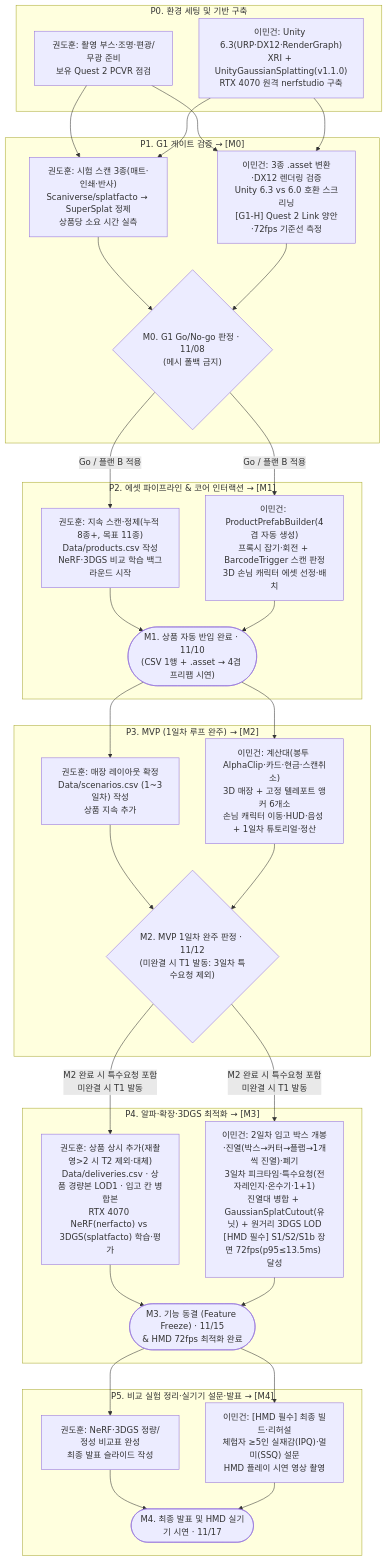
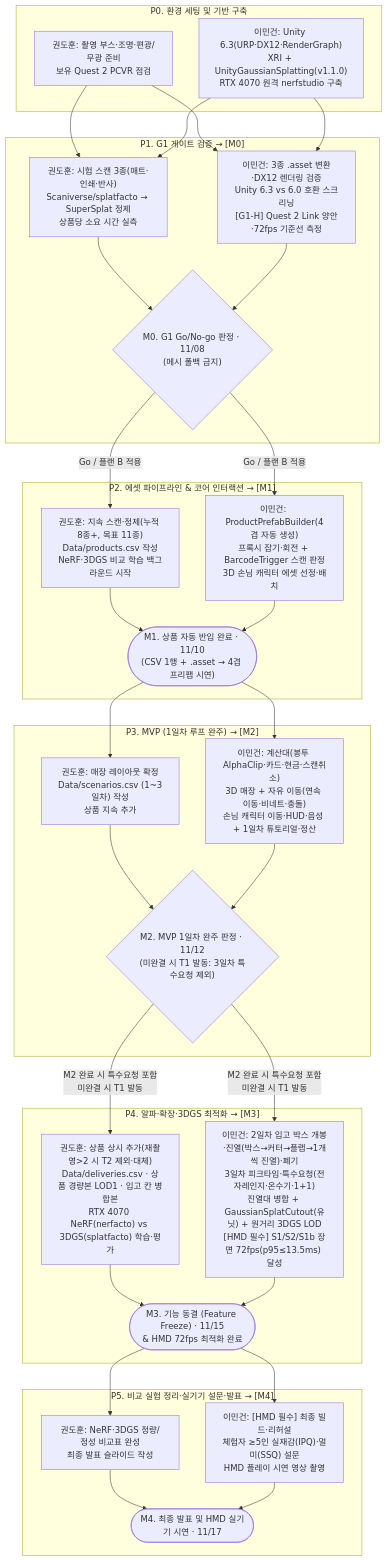
The diagram in docs/VR편의점_알바_시뮬레이터_마일스톤.md (alsrjs951/vr-convenience-store-simulator), drawn with Mermaid before and after one commit. The commit also changed other lines of this file and 3 other files, not shown here.

````diff
--- a/docs/VR편의점_알바_시뮬레이터_마일스톤.md
+++ b/docs/VR편의점_알바_시뮬레이터_마일스톤.md
@@ -19,43 +19,43 @@
 ```mermaid
 flowchart TD
     subgraph P0["P0. 환경 세팅 및 기반 구축"]
         P0_K["권도훈: 촬영 부스·조명·편광/무광 준비<br/>보유 Quest 2 PCVR 점검"]
         P0_L["이민건: Unity 6.3(URP·DX12·RenderGraph)<br/>XRI + UnityGaussianSplatting(v1.1.0)<br/>RTX 4070 원격 nerfstudio 구축"]
     end
 
     subgraph P1["P1. G1 게이트 검증 → [M0]"]
         P1_K["권도훈: 시험 스캔 3종(매트·인쇄·반사)<br/>Scaniverse/splatfacto → SuperSplat 정제<br/>상품당 소요 시간 실측"]
         P1_L["이민건: 3종 .asset 변환·DX12 렌더링 검증<br/>Unity 6.3 vs 6.0 호환 스크리닝<br/>[G1-H] Quest 2 Link 양안·72fps 기준선 측정"]
         M0{"M0. G1 Go/No-go 판정 · 11/08<br/>(메시 폴백 금지)"}
     end
 
     subgraph P2["P2. 에셋 파이프라인 & 코어 인터랙션 → [M1]"]
         P2_K["권도훈: 지속 스캔·정제(누적 8종+, 목표 11종)<br/>Data/products.csv 작성<br/>NeRF·3DGS 비교 학습 백그라운드 시작"]
         P2_L["이민건: ProductPrefabBuilder(4겹 자동 생성)<br/>프록시 잡기·회전 + BarcodeTrigger 스캔 판정<br/>3D 손님 캐릭터 에셋 선정·배치"]
         M1(["M1. 상품 자동 반입 완료 · 11/10<br/>(CSV 1행 + .asset → 4겹 프리팹 시연)"])
     end
 
     subgraph P3["P3. MVP (1일차 루프 완주) → [M2]"]
         P3_K["권도훈: 매장 레이아웃 확정<br/>Data/scenarios.csv (1~3일차) 작성<br/>상품 지속 추가"]
-        P3_L["이민건: 계산대(봉투 AlphaClip·카드·현금·스캔취소)<br/>3D 매장 + 고정 텔레포트 앵커 6개소<br/>손님 캐릭터 이동·HUD·음성 + 1일차 튜토리얼·정산"]
+        P3_L["이민건: 계산대(봉투 AlphaClip·카드·현금·스캔취소)<br/>3D 매장 + 자유 이동(연속 이동·비네트·충돌)<br/>손님 캐릭터 이동·HUD·음성 + 1일차 튜토리얼·정산"]
         M2{"M2. MVP 1일차 완주 판정 · 11/12<br/>(미완결 시 T1 발동: 3일차 특수요청 제외)"}
     end
 
     subgraph P4["P4. 알파·확장·3DGS 최적화 → [M3]"]
         P4_K["권도훈: 상품 상시 추가(재촬영>2 시 T2 제외·대체)<br/>Data/deliveries.csv · 상품 경량본 LOD1 · 입고 칸 병합본<br/>RTX 4070 NeRF(nerfacto) vs 3DGS(splatfacto) 학습·평가"]
         P4_L["이민건: 2일차 입고 박스 개봉·진열(박스→커터→플랩→1개씩 진열)·폐기<br/>3일차 피크타임·특수요청(전자레인지·온수기·1+1)<br/>진열대 병합 + GaussianSplatCutout(유닛) + 원거리 3DGS LOD<br/>[HMD 필수] S1/S2/S1b 장면 72fps(p95≤13.5ms) 달성"]
         M3(["M3. 기능 동결 (Feature Freeze) · 11/15<br/>& HMD 72fps 최적화 완료"])
     end
 
     subgraph P5["P5. 비교 실험 정리·실기기 설문·발표 → [M4]"]
         P5_K["권도훈: NeRF·3DGS 정량/정성 비교표 완성<br/>최종 발표 슬라이드 작성"]
         P5_L["이민건: [HMD 필수] 최종 빌드·리허설<br/>체험자 ≥5인 실재감(IPQ)·멀미(SSQ) 설문<br/>HMD 플레이 시연 영상 촬영"]
         M4(["M4. 최종 발표 및 HMD 실기기 시연 · 11/17"])
     end
 
     P0_K & P0_L --> P1_K & P1_L --> M0
     M0 -->|Go / 플랜 B 적용| P2_K & P2_L --> M1
     M1 --> P3_K & P3_L --> M2
     M2 -->|M2 완료 시 특수요청 포함<br/>미완결 시 T1 발동| P4_K & P4_L --> M3
     M3 --> P5_K & P5_L --> M4
 ```
````
